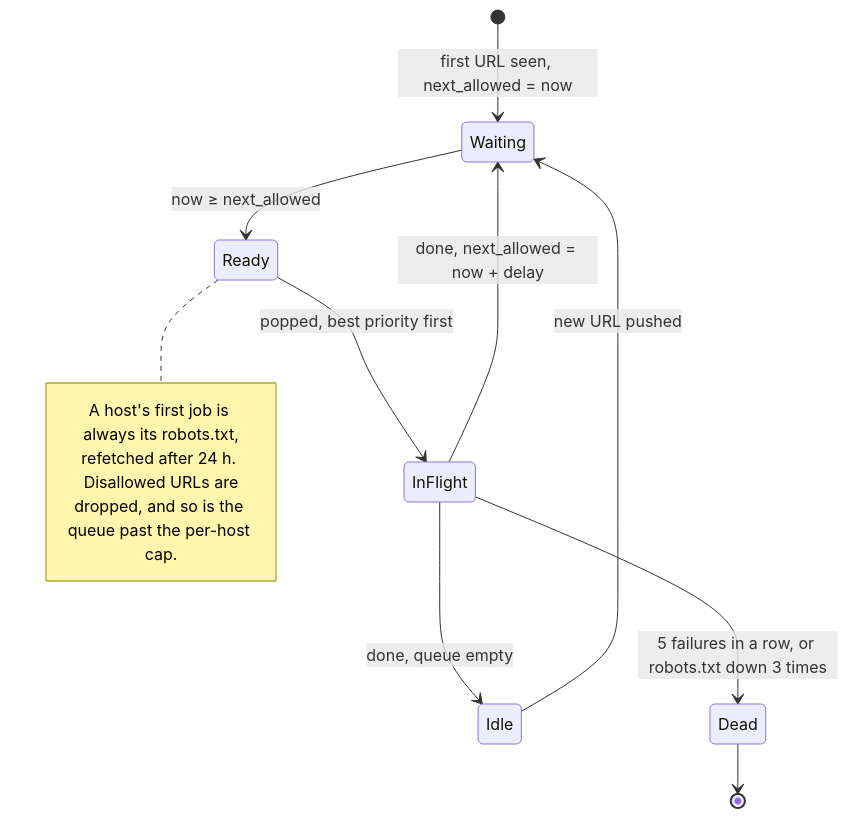
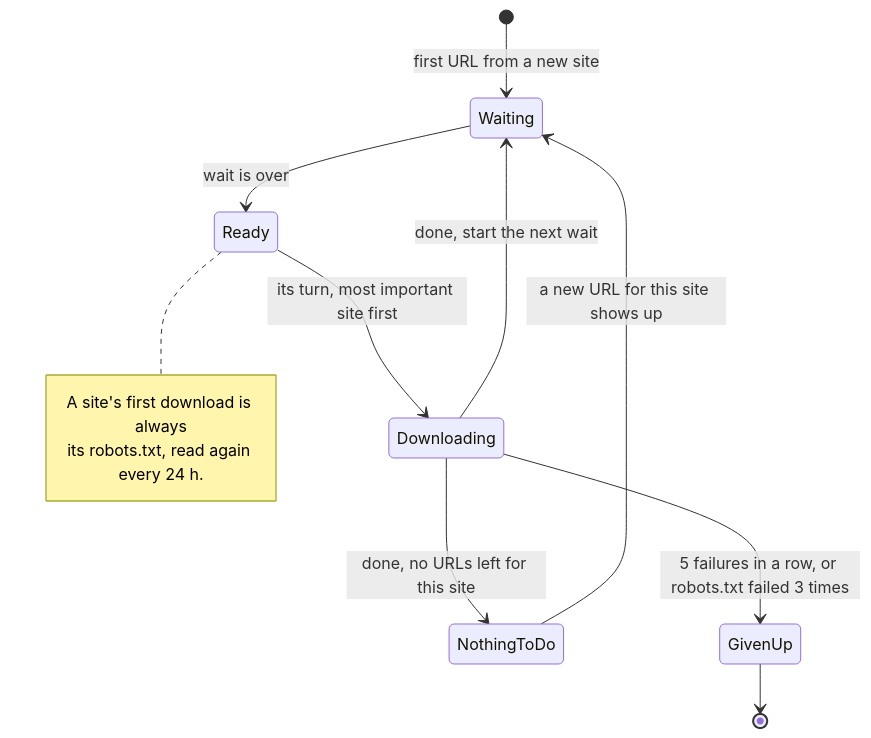
Before and after one commit to Armaan-king/McCrawl: the second of 4 diagrams in README.md, drawn with Mermaid. The commit also changed other lines of this file, not shown here.

````diff
--- a/README.md
+++ b/README.md
@@ -45,17 +63,16 @@
 ```mermaid
 stateDiagram-v2
-    [*] --> Waiting: first URL seen, next_allowed = now
-    Waiting --> Ready: now ≥ next_allowed
-    Ready --> InFlight: popped, best priority first
-    InFlight --> Waiting: done, next_allowed = now + delay
-    InFlight --> Idle: done, queue empty
-    Idle --> Waiting: new URL pushed
-    InFlight --> Dead: 5 failures in a row, or robots.txt down 3 times
-    Dead --> [*]
+    [*] --> Waiting: first URL from a new site
+    Waiting --> Ready: wait is over
+    Ready --> Downloading: its turn, most important site first
+    Downloading --> Waiting: done, start the next wait
+    Downloading --> NothingToDo: done, no URLs left for this site
+    NothingToDo --> Waiting: a new URL for this site shows up
+    Downloading --> GivenUp: 5 failures in a row, or robots.txt failed 3 times
+    GivenUp --> [*]
 
     note right of Ready
-        A host's first job is always its robots.txt,
-        refetched after 24 h. Disallowed URLs are
-        dropped, and so is the queue past the per-host cap.
+        A site's first download is always
+        its robots.txt, read again every 24 h.
     end note
 ```
````
